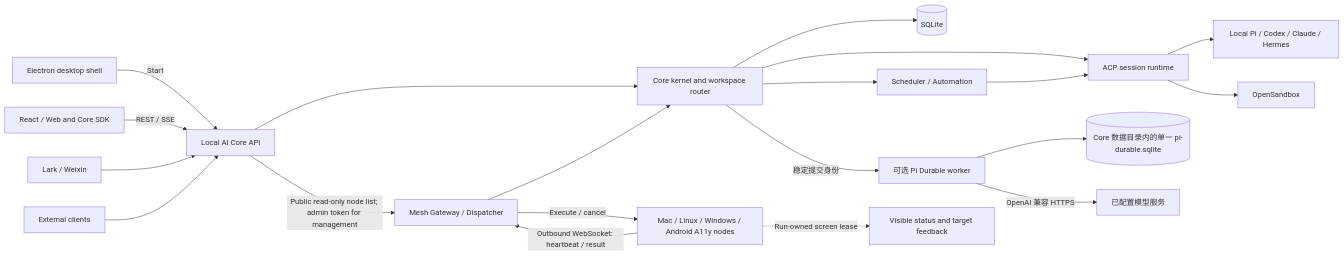
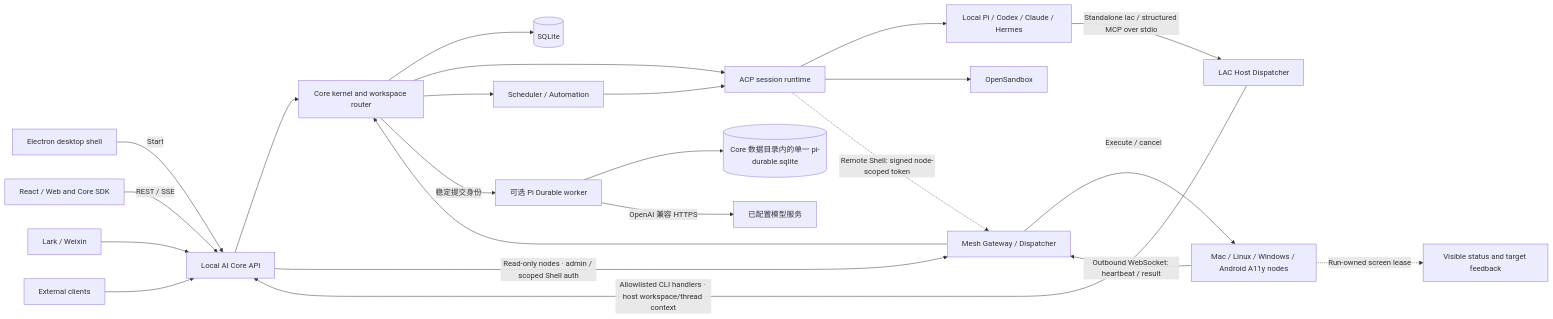
One commit to helloimcx/agentdock changed the diagram in docs/architecture/overview.md. Above: the diagram before and after it, drawn with Mermaid. The commit also changed other lines of this file and 47 other files, not shown here.

Commit message:
Route remote workspace LAC through host Core

````diff
--- a/docs/architecture/overview.md
+++ b/docs/architecture/overview.md
@@ -22,22 +22,25 @@
 ```mermaid
 flowchart LR
   electron[Electron desktop shell] -->|Start| api[Local AI Core API]
   renderer[React / Web and Core SDK] -->|REST / SSE| api
   channels[Lark / Weixin] --> api
   external[External clients] --> api
   api --> kernel[Core kernel and workspace router]
   kernel --> sqlite[(SQLite)]
   kernel --> acp[ACP session runtime]
   kernel --> scheduler[Scheduler / Automation]
   scheduler --> acp
   acp --> agents[Local Pi / Codex / Claude / Hermes]
+  agents -->|Standalone lac / structured MCP over stdio| lac[LAC Host Dispatcher]
+  lac -->|Allowlisted CLI handlers · host workspace/thread context| api
   kernel -->|稳定提交身份| durable[可选 Pi Durable worker]
   durable --> pidb[(Core 数据目录内的单一 pi-durable.sqlite)]
   durable -->|OpenAI 兼容 HTTPS| provider[已配置模型服务]
   acp --> sandbox[OpenSandbox]
-  api -->|Public read-only node list; admin token for management| mesh[Mesh Gateway / Dispatcher]
+  api -->|Read-only nodes · admin / scoped Shell auth| mesh[Mesh Gateway / Dispatcher]
+  acp -.->|Remote Shell: signed node-scoped token| mesh
   mesh --> kernel
   nodes[Mac / Linux / Windows / Android A11y nodes] -->|Outbound WebSocket: heartbeat / result| mesh
   mesh -->|Execute / cancel| nodes
   nodes -.->|Run-owned screen lease| screen[Visible status and target feedback]
 ```
````
